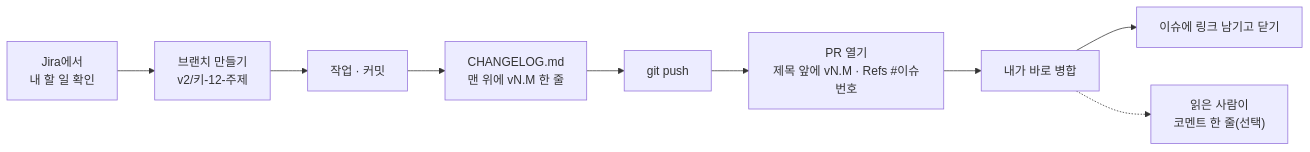
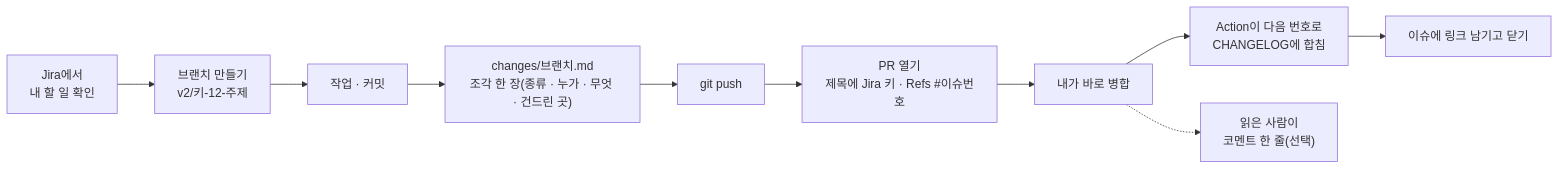
The second of 2 diagrams in 01-docs/00-overview/team-guide.md (2026-Codyssey-Final-Proj/Final-Proj), drawn with Mermaid before and after one commit. The commit also changed other lines of this file and 17 other files, not shown here.

First line of the commit message:
chore(changelog): 버전 기록을 조각 파일로 — PR은 changes/<브랜치>.md 한 장, 병합되면 Action이 다음 번호로 합침

````diff
--- a/01-docs/00-overview/team-guide.md
+++ b/01-docs/00-overview/team-guide.md
@@ -149,11 +150,12 @@
 ```mermaid
 flowchart LR
     A["Jira에서<br/>내 할 일 확인"] --> B["브랜치 만들기<br/>v2/키-12-주제"]
     B --> C["작업 · 커밋"]
-    C --> V["CHANGELOG.md<br/>맨 위에 vN.M 한 줄"]
+    C --> V["changes/브랜치.md<br/>조각 한 장(종류 · 누가 · 무엇 · 건드린 곳)"]
     V --> D["git push"]
-    D --> E["PR 열기<br/>제목 앞에 vN.M · Refs #이슈번호"]
+    D --> E["PR 열기<br/>제목에 Jira 키 · Refs #이슈번호"]
     E --> G["내가 바로 병합"]
-    G --> H["이슈에 링크 남기고 닫기"]
+    G --> W["Action이 다음 번호로<br/>CHANGELOG에 합침"]
+    W --> H["이슈에 링크 남기고 닫기"]
     G -.-> F["읽은 사람이<br/>코멘트 한 줄(선택)"]
 ```
````
